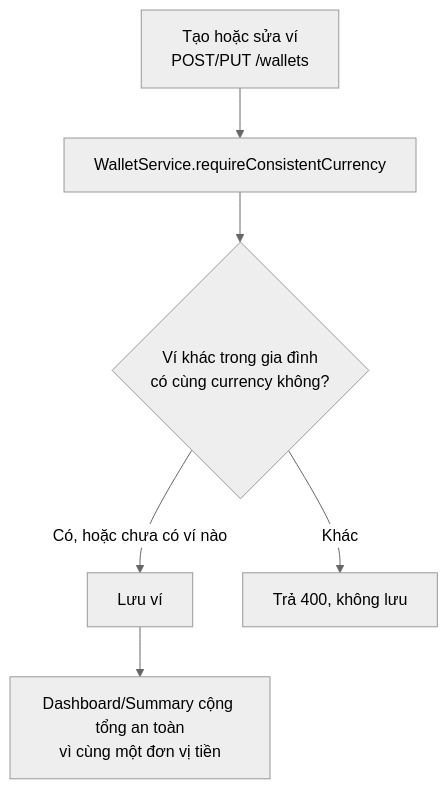
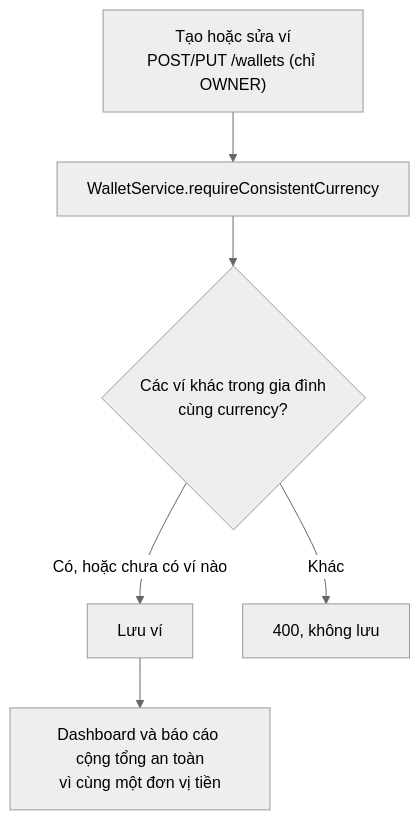
Diagram 12 of 33 in README.md (boyquynhluu/family-expense-manager), drawn with Mermaid (neutral theme) before and after one commit. The commit also changed other lines of this file and 1 other file, not shown here.

````diff
--- a/README.md
+++ b/README.md
@@ -483,8 +452,8 @@
 ```mermaid
 flowchart TD
-    A["Tạo hoặc sửa ví<br/>POST/PUT /wallets"] --> B["WalletService.requireConsistentCurrency"]
-    B --> C{"Ví khác trong gia đình<br/>có cùng currency không?"}
+    A["Tạo hoặc sửa ví<br/>POST/PUT /wallets (chỉ OWNER)"] --> B["WalletService.requireConsistentCurrency"]
+    B --> C{"Các ví khác trong gia đình<br/>cùng currency?"}
     C -- "Có, hoặc chưa có ví nào" --> D["Lưu ví"]
-    C -- "Khác" --> E["Trả 400, không lưu"]
-    D --> F["Dashboard/Summary cộng tổng an toàn<br/>vì cùng một đơn vị tiền"]
+    C -- "Khác" --> E["400, không lưu"]
+    D --> F["Dashboard và báo cáo cộng tổng an toàn<br/>vì cùng một đơn vị tiền"]
 ```
````
